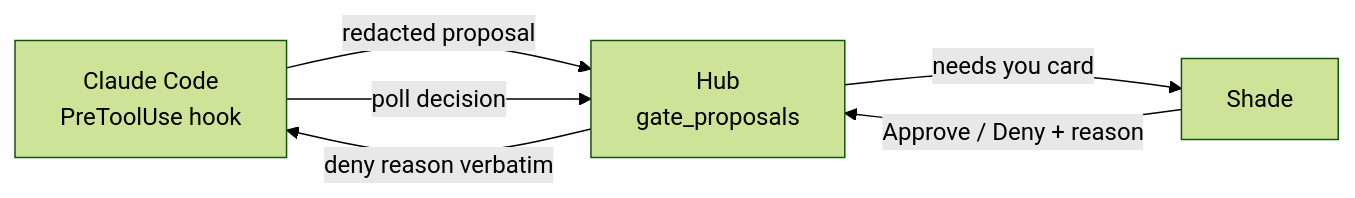
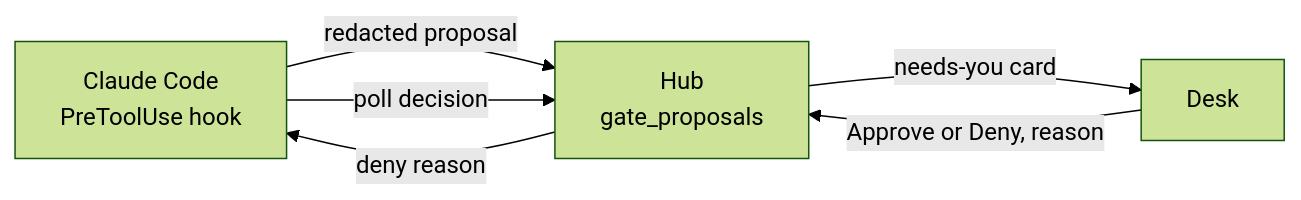
The sixth of 8 diagrams in docs/ARCHITECTURE.md (karolswdev/HoldSpeak), drawn with Mermaid (forest theme) before and after one commit. The commit also changed other lines of this file and 66 other files, not shown here.

````diff
--- a/docs/ARCHITECTURE.md
+++ b/docs/ARCHITECTURE.md
@@ -1115,8 +493,8 @@
 ```mermaid
 flowchart LR
     A[Claude Code<br/>PreToolUse hook] -- "redacted proposal" --> H[Hub<br/>gate_proposals]
-    H -- "needs you card" --> S[Shade]
-    S -- "Approve / Deny + reason" --> H
+    H -- "needs-you card" --> S[Desk]
+    S -- "Approve or Deny, reason" --> H
     A -- "poll decision" --> H
-    H -- "deny reason verbatim" --> A
+    H -- "deny reason" --> A
 ```
````
